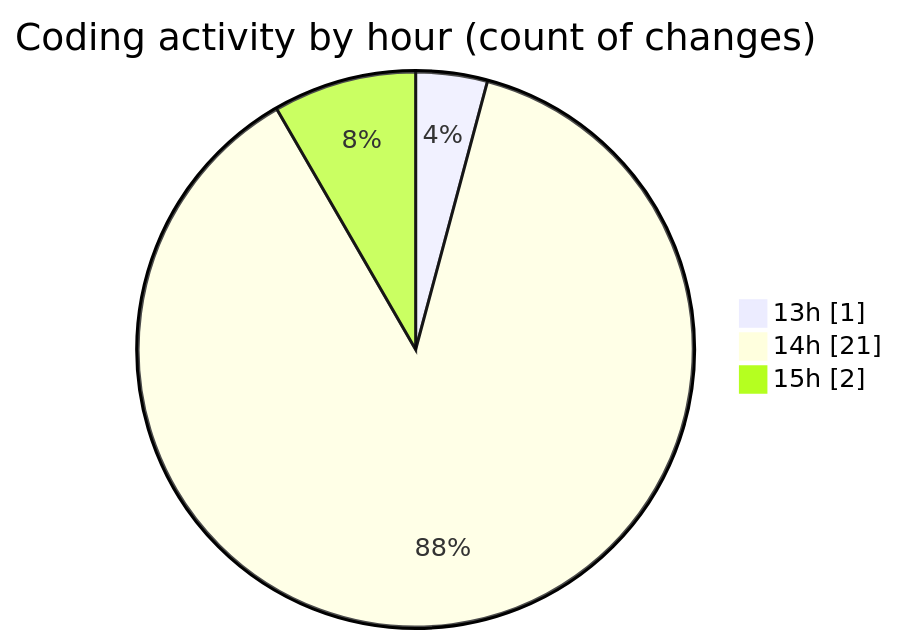
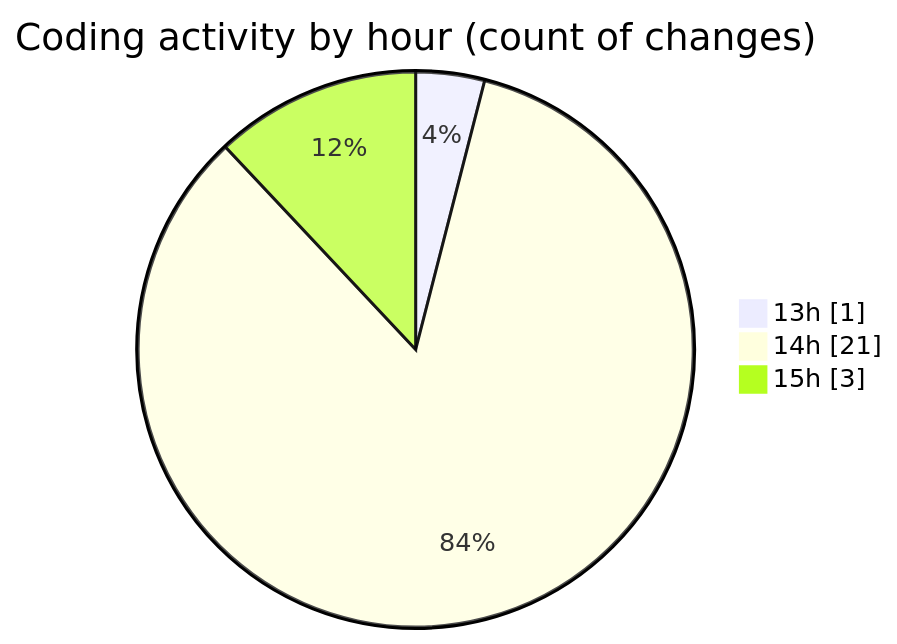
Before and after one commit to idhammustaqopulfikri/code-tracking: the second of 2 diagrams in 2025-11-01/futsal_rekomendasi/README.md, drawn with Mermaid. The commit also changed other lines of this file and 1 other file, not shown here.

````diff
--- a/2025-11-01/futsal_rekomendasi/README.md
+++ b/2025-11-01/futsal_rekomendasi/README.md
@@ -38,7 +38,7 @@
 ```mermaid
 pie showData
 title Coding activity by hour (count of changes)
 "13h" : 1
 "14h" : 21
-"15h" : 2
+"15h" : 3
 ```
````
